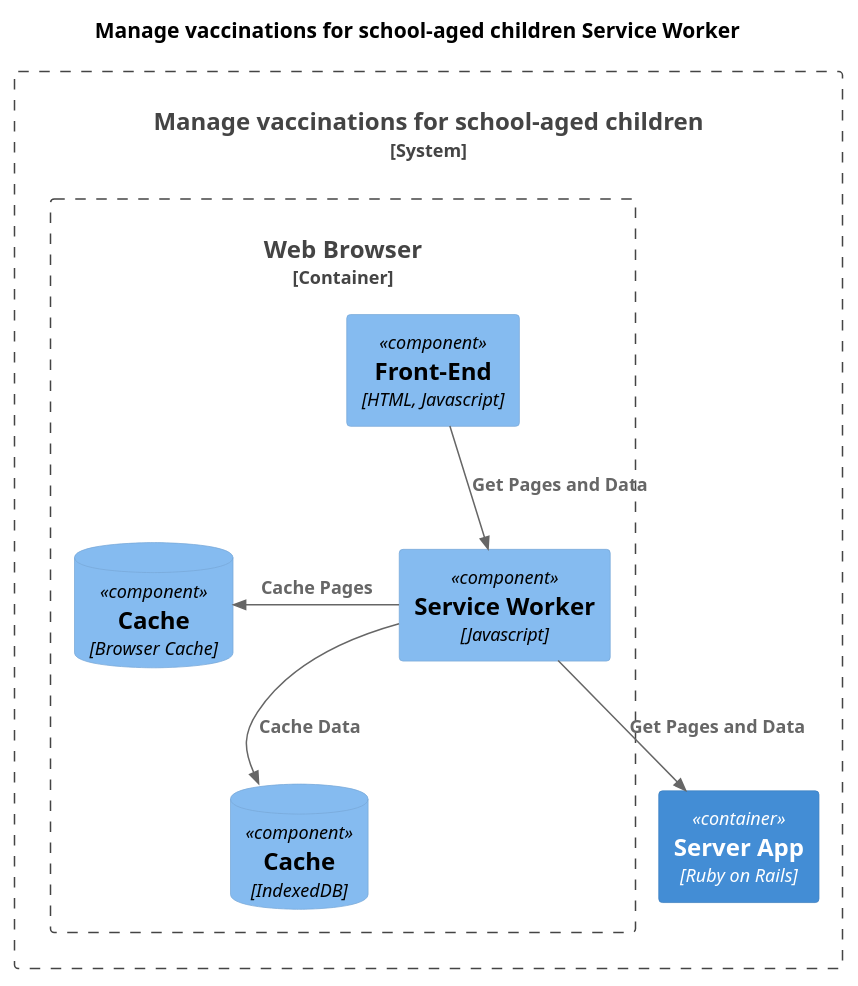
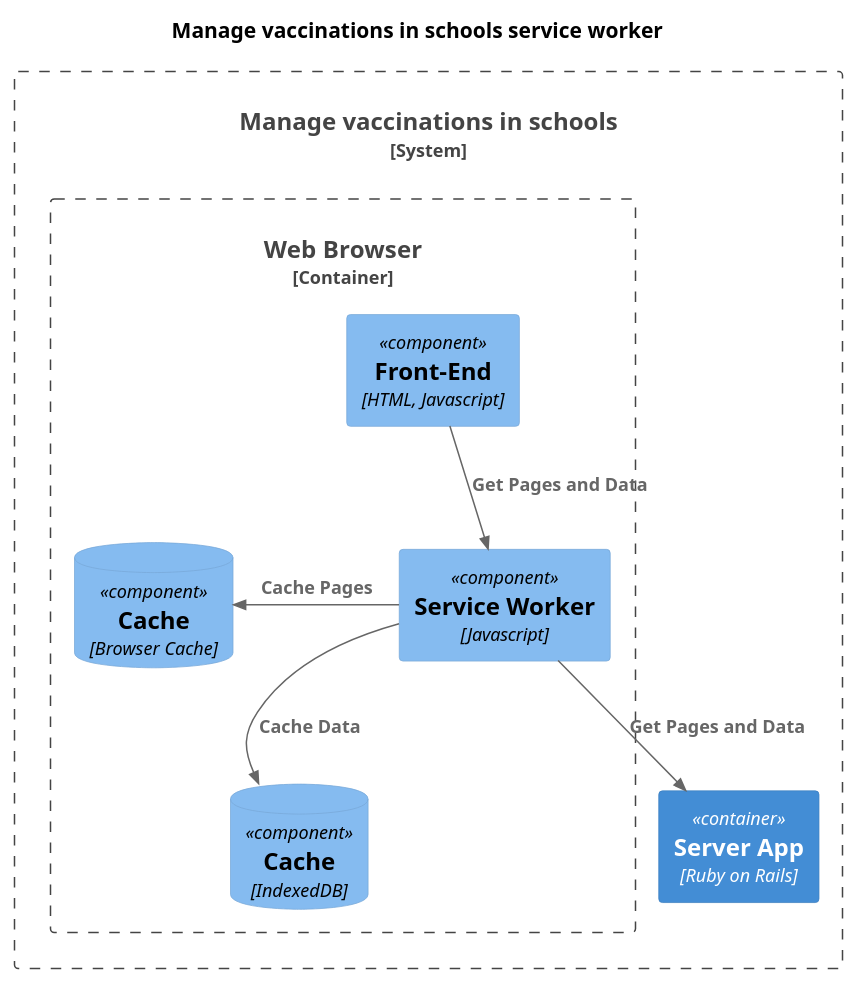
The diagram in docs/diagrams/service-worker.puml (nhsuk/manage-vaccinations-in-schools), drawn with PlantUML before and after one commit. The commit also changed 20 other files, not shown here.

```diff
--- a/docs/diagrams/service-worker.puml
+++ b/docs/diagrams/service-worker.puml
@@ -1,26 +1,26 @@
 @startuml
 
-title Manage vaccinations for school-aged children Service Worker
+title Manage vaccinations in schools service worker
 
 !include <C4/C4_Component.puml>
 
 LAYOUT_TOP_DOWN()
 
-System_Boundary(manage, "Manage vaccinations for school-aged children") {
+System_Boundary(manage, "Manage vaccinations in schools") {
   Container_Boundary(browser, "Web Browser") {
     Component(frontend, "Front-End", "HTML, Javascript")
     Component(serviceWorker, "Service Worker", "Javascript")
     ComponentDb(indexedDB, "Cache", "IndexedDB")
     ComponentDb(cacheDB, "Cache", "Browser Cache")
   }
 
   Container(server, "Server App", "Ruby on Rails")
 }
 
 Lay_D(cacheDB, indexedDB)
 Rel(frontend, serviceWorker, "Get Pages and Data")
 Rel(serviceWorker, indexedDB, "Cache Data")
 Rel_L(serviceWorker, cacheDB, "Cache Pages")
 Rel(serviceWorker, server, "Get Pages and Data")
 
 @enduml
```
